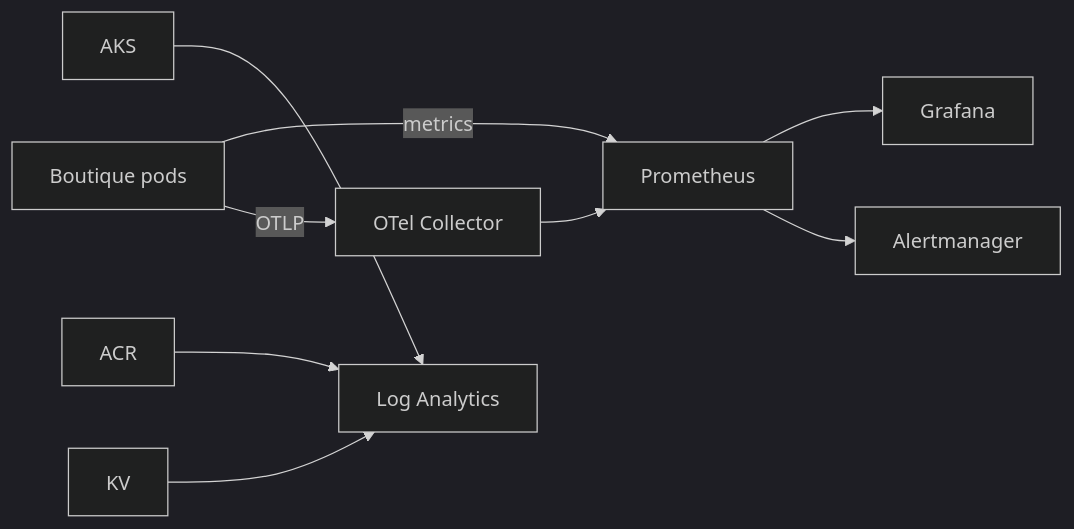
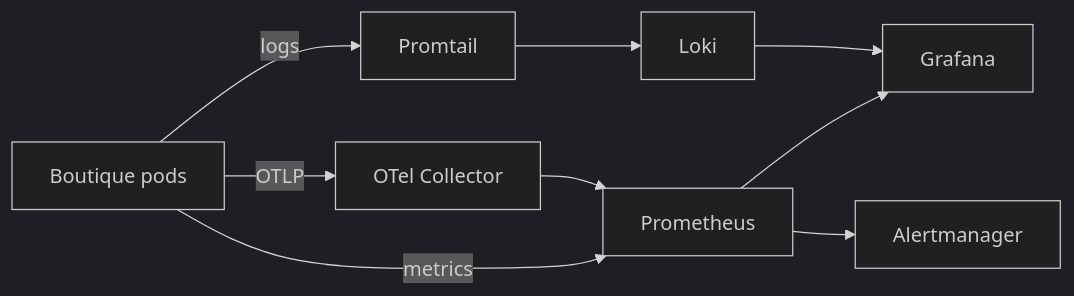
One commit to btilki/boutique-aks-devsecops changed the third of 4 diagrams in docs/architecture/04-data-flows.md. Above: the diagram before and after it, drawn with Mermaid (dark theme). The commit also changed 54 other files, not shown here.

````diff
--- a/docs/architecture/04-data-flows.md
+++ b/docs/architecture/04-data-flows.md
@@ -56,11 +56,11 @@
 ```mermaid
 flowchart LR
     APP[Boutique pods] -->|metrics| PROM[Prometheus]
+    APP -->|logs| PROMTAIL[Promtail]
     APP -->|OTLP| OTEL[OTel Collector]
+    PROMTAIL --> LOKI[Loki]
     OTEL --> PROM
     PROM --> GRAF[Grafana]
+    LOKI --> GRAF
     PROM --> AM[Alertmanager]
-    AKS --> LAW[Log Analytics]
-    ACR --> LAW
-    KV --> LAW
 ```
````
